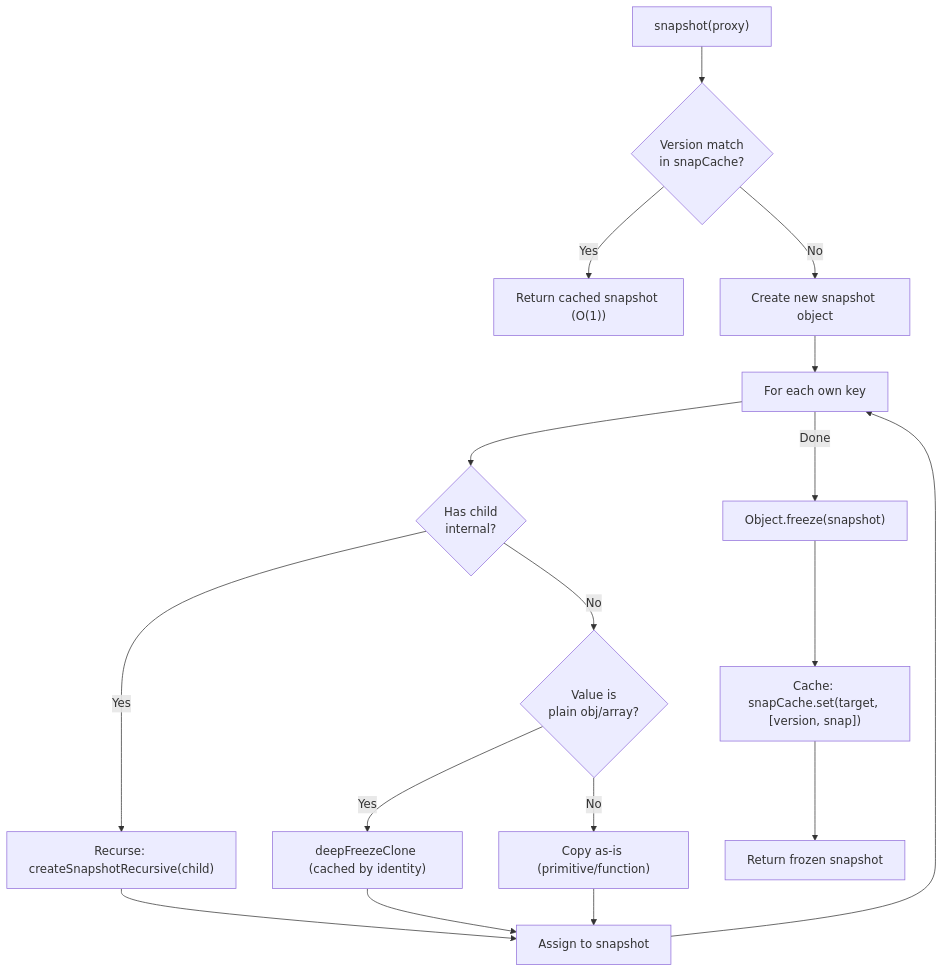
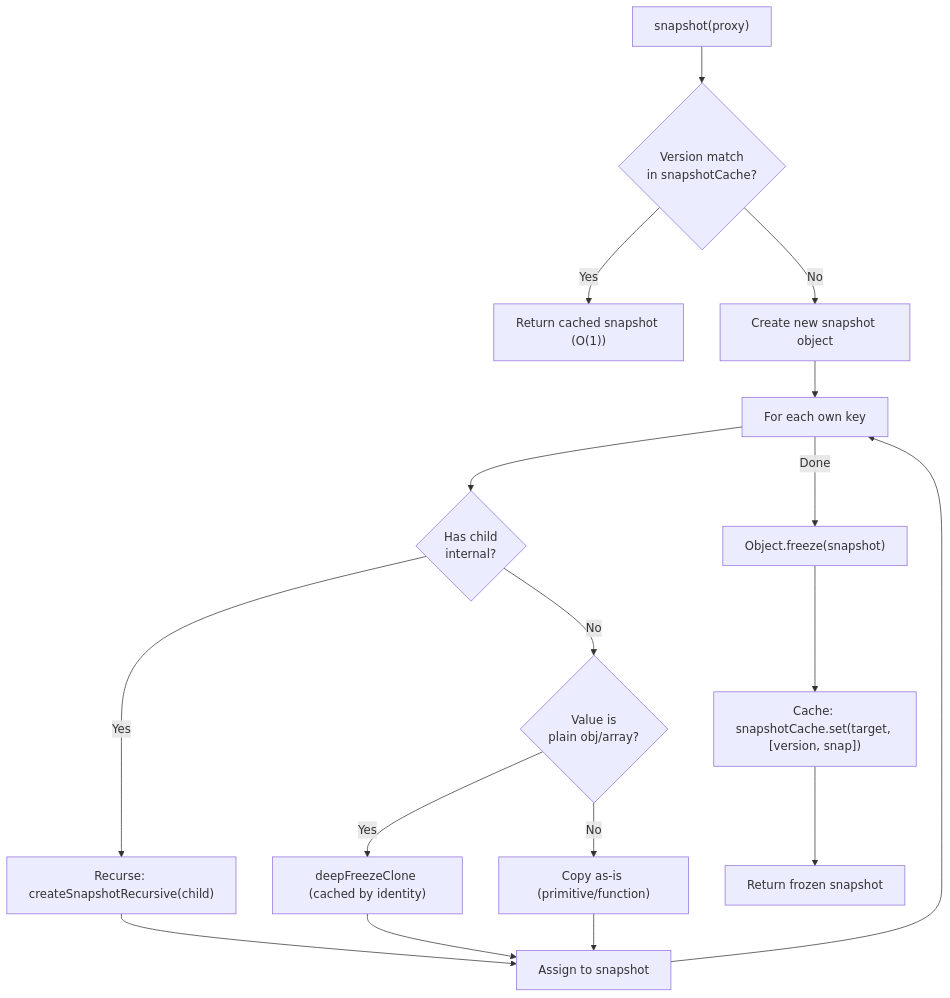
One commit to codeBelt/classy-store changed the fourth of 9 diagrams in website/docs/ARCHITECTURE.md. Above: the diagram before and after it, drawn with Mermaid. The commit also changed other lines of this file and 25 other files, not shown here.

````diff
--- a/website/docs/ARCHITECTURE.md
+++ b/website/docs/ARCHITECTURE.md
@@ -205,19 +205,19 @@
 ```mermaid
 flowchart TD
-  Start["snapshot(proxy)"] --> CheckCache{"Version match\nin snapCache?"}
+  Start["snapshot(proxy)"] --> CheckCache{"Version match\nin snapshotCache?"}
   CheckCache -->|Yes| ReturnCached["Return cached snapshot (O(1))"]
   CheckCache -->|No| CreateSnap["Create new snapshot object"]
   CreateSnap --> IterateKeys["For each own key"]
   IterateKeys --> CheckChild{"Has child\ninternal?"}
   CheckChild -->|Yes| Recurse["Recurse: createSnapshotRecursive(child)"]
   CheckChild -->|No| CheckProxy{"Value is\nplain obj/array?"}
   CheckProxy -->|Yes| DeepClone["deepFreezeClone (cached by identity)"]
   CheckProxy -->|No| CopyValue["Copy as-is (primitive/function)"]
   Recurse --> AssignProp["Assign to snapshot"]
   DeepClone --> AssignProp
   CopyValue --> AssignProp
   AssignProp --> IterateKeys
   IterateKeys -->|Done| Freeze["Object.freeze(snapshot)"]
-  Freeze --> Cache["Cache: snapCache.set(target, [version, snap])"]
+  Freeze --> Cache["Cache: snapshotCache.set(target, [version, snap])"]
   Cache --> Return["Return frozen snapshot"]
 ```
````
